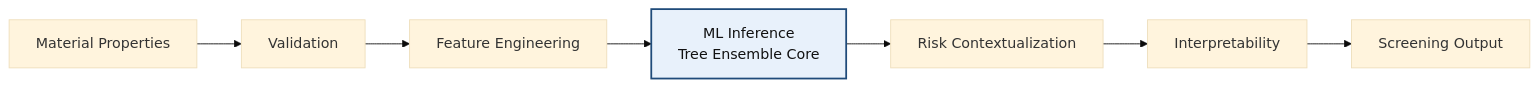
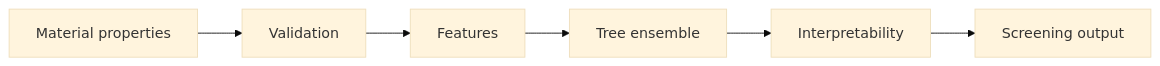
One commit to nikhilesh-s/dravix-engine changed the diagram in README.md. Above: the diagram before and after it, drawn with Mermaid (base theme). The commit also changed other lines of this file and 2 other files, not shown here.

````diff
--- a/README.md
+++ b/README.md
@@ -36,12 +33,4 @@
 ```mermaid
 flowchart LR
-    A[Material Properties] --> B[Validation]
-    B --> C[Feature Engineering]
-    C --> D[ML Inference<br/>Tree Ensemble Core]
-    D --> E[Risk Contextualization]
-    E --> F[Interpretability]
-    F --> G[Screening Output]
-
-    classDef core fill:#e8f1fb,stroke:#1f4b7a,stroke-width:2px,color:#111111;
-    class D core;
+    A[Material properties] --> B[Validation] --> C[Features] --> D[Tree ensemble] --> E[Interpretability] --> F[Screening output]
 ```
````
